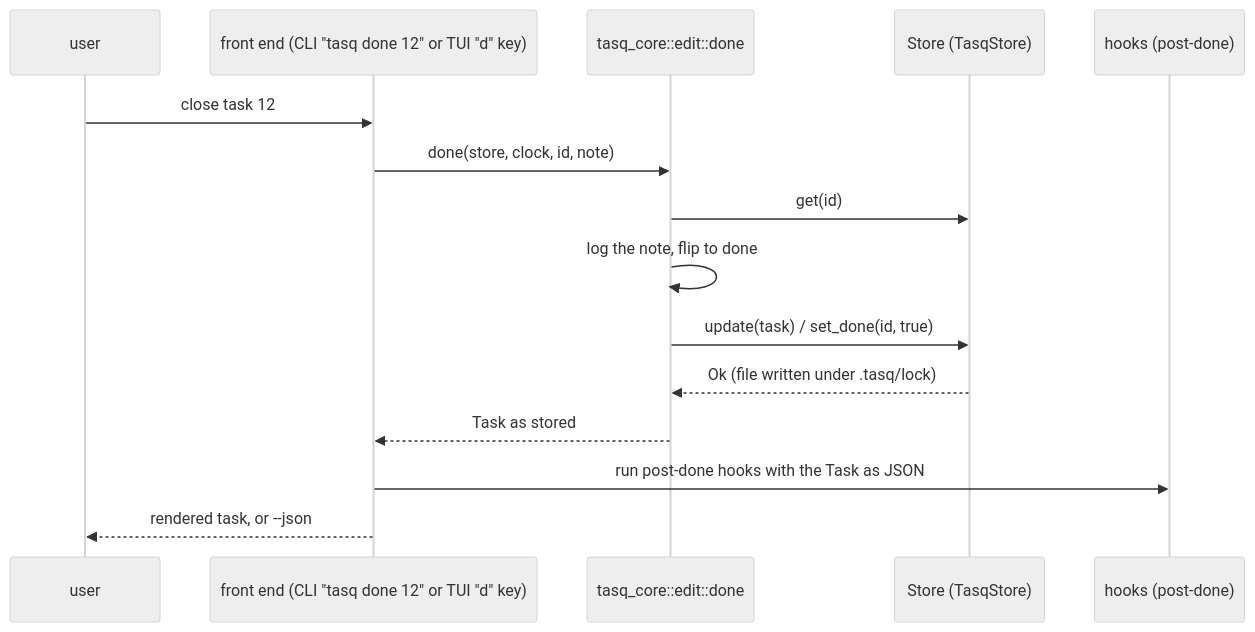
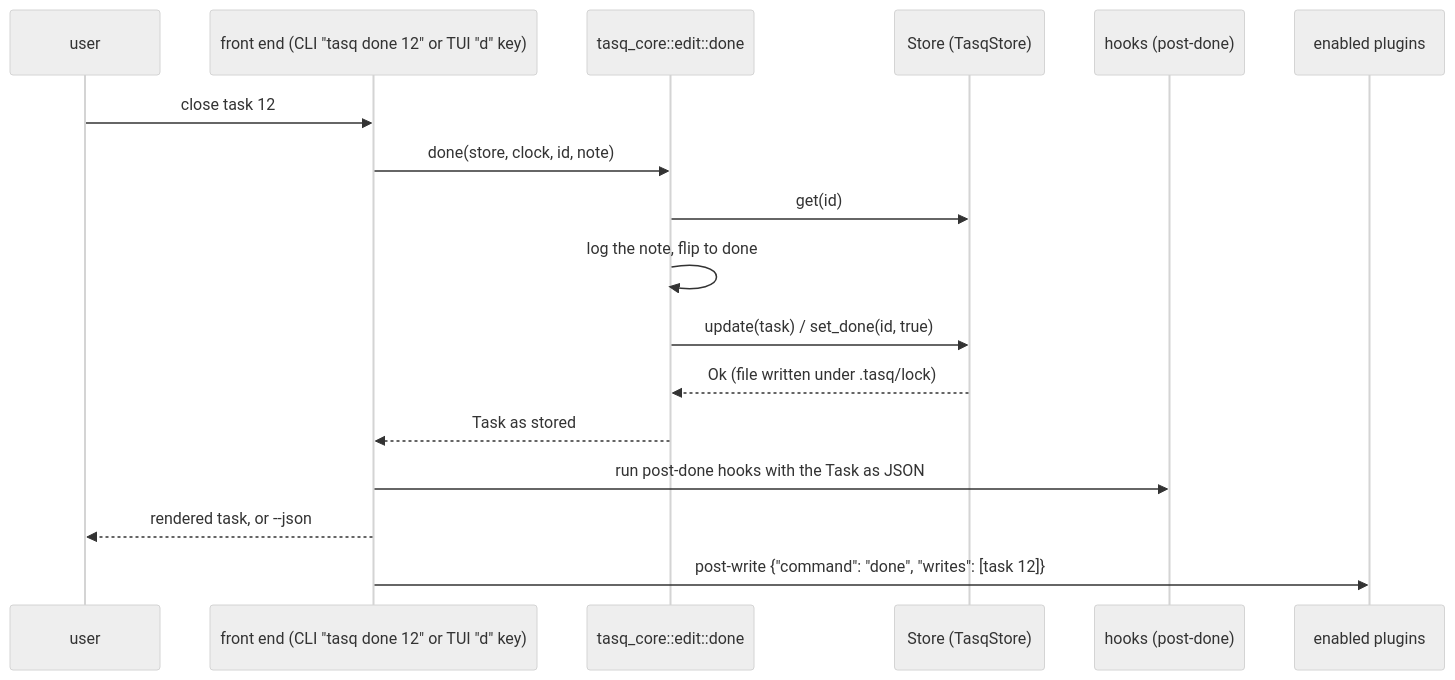
The seventh of 7 diagrams in docs/architecture.md (pauc/tasq), drawn with Mermaid (neutral theme) before and after one commit. The commit also changed other lines of this file and 8 other files, not shown here.

Commit message:
docs(plugins): describe enabled plugins, events, lasting warnings and the store lock (PE-007)

````diff
--- a/docs/architecture.md
+++ b/docs/architecture.md
@@ -360,18 +372,20 @@
 ```mermaid
 sequenceDiagram
     participant U as user
     participant FE as front end (CLI "tasq done 12" or TUI "d" key)
     participant E as tasq_core::edit::done
     participant S as Store (TasqStore)
     participant H as hooks (post-done)
+    participant P as enabled plugins
 
     U->>FE: close task 12
     FE->>E: done(store, clock, id, note)
     E->>S: get(id)
     E->>E: log the note, flip to done
     E->>S: update(task) / set_done(id, true)
     S-->>E: Ok (file written under .tasq/lock)
     E-->>FE: Task as stored
     FE->>H: run post-done hooks with the Task as JSON
     FE-->>U: rendered task, or --json
+    FE->>P: post-write {"command": "done", "writes": [task 12]}
 ```
````
